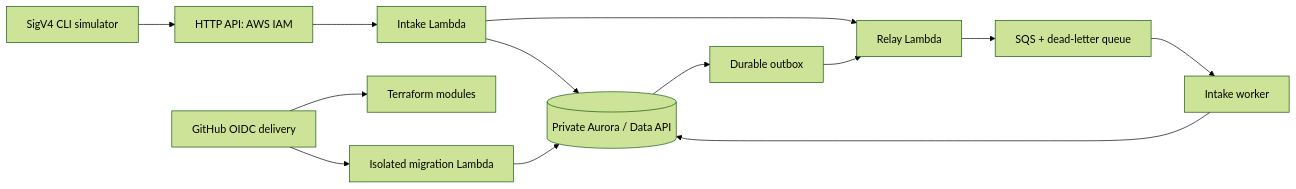
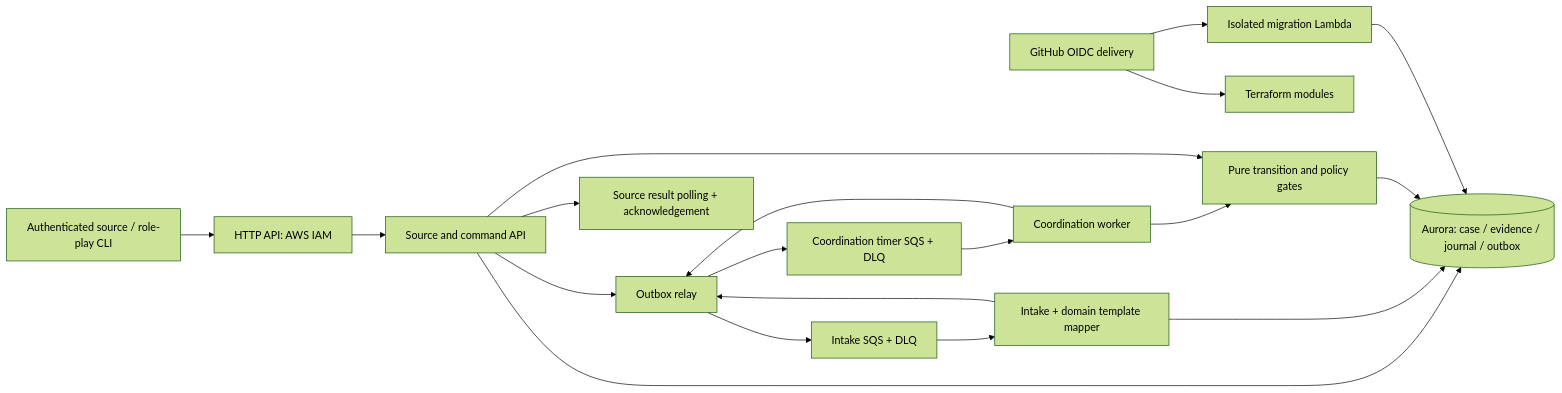
The diagram in docs/ARCHITECTURE.md (tanvir4hmed/ilien), drawn with Mermaid (forest theme) before and after one commit. The commit also changed other lines of this file and 21 other files, not shown here.

Commit message:
feat: implement deterministic coordination with dependencies and source outcomes

````diff
--- a/docs/ARCHITECTURE.md
+++ b/docs/ARCHITECTURE.md
@@ -11,15 +5,21 @@
 ```mermaid
 flowchart LR
-  CLI[SigV4 CLI simulator] --> GW[HTTP API: AWS IAM]
-  GW --> API[Intake Lambda]
-  API --> DB[(Private Aurora / Data API)]
-  DB --> OUT[Durable outbox]
-  API --> RELAY[Relay Lambda]
-  OUT --> RELAY
-  RELAY --> Q[SQS + dead-letter queue]
-  Q --> W[Intake worker]
-  W --> DB
+  CLI[Authenticated source / role-play CLI] --> GW[HTTP API: AWS IAM]
+  GW --> API[Source and command API]
+  API --> DB[(Aurora: case / evidence / journal / outbox)]
+  API --> RELAY[Outbox relay]
+  RELAY --> IQ[Intake SQS + DLQ]
+  IQ --> IN[Intake + domain template mapper]
+  IN --> DB
+  IN --> RELAY
+  RELAY --> TQ[Coordination timer SQS + DLQ]
+  TQ --> CW[Coordination worker]
+  CW --> CORE[Pure transition and policy gates]
+  API --> CORE
+  CORE --> DB
+  CW --> RELAY
+  API --> RESULT[Source result polling + acknowledgement]
   CI[GitHub OIDC delivery] --> TF[Terraform modules]
   CI --> MIG[Isolated migration Lambda]
   MIG --> DB
 ```
````
